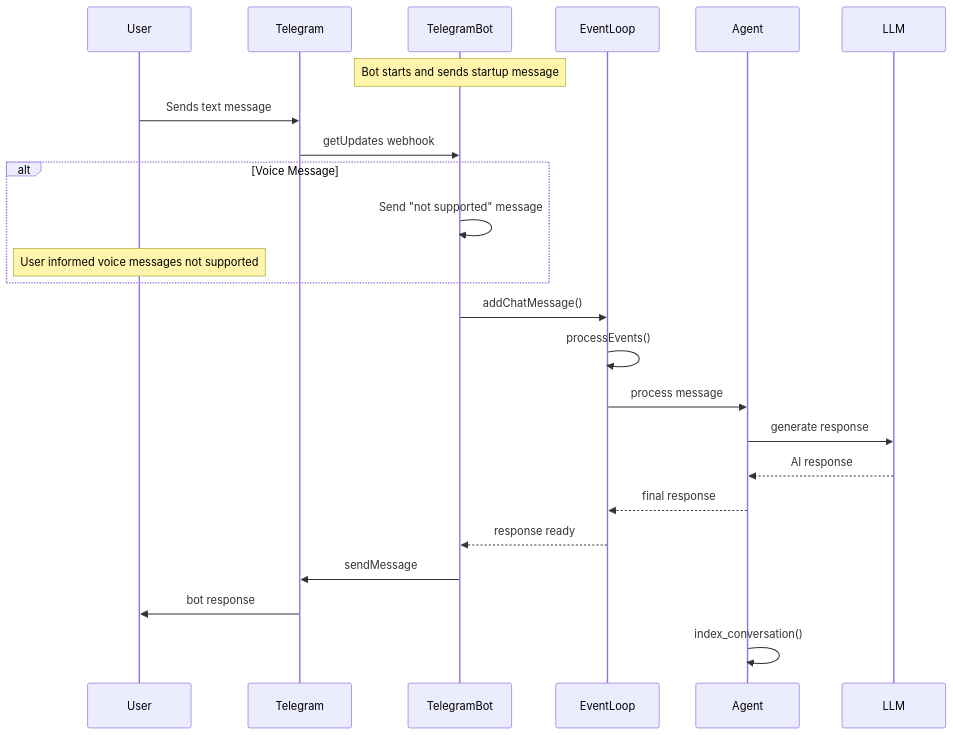
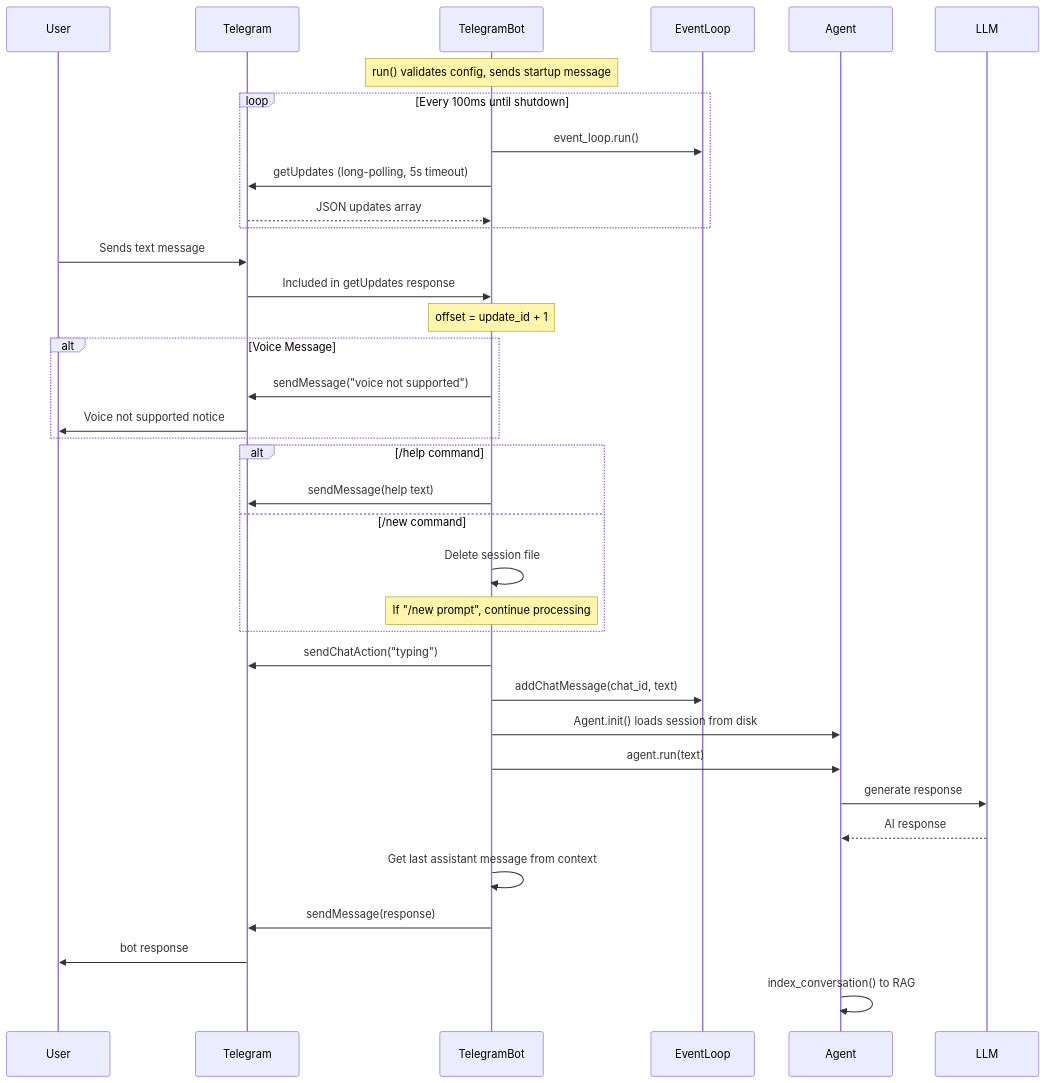
Before and after one commit to satibot/satibot: the second of 4 diagrams in docs/TELEGRAM_BOT.md, drawn with Mermaid. The commit also changed other lines of this file, not shown here.

First line of the commit message:
docs: expand Telegram bot documentation with detailed API methods, lifecycle flows, and test coverage

````diff
--- a/docs/TELEGRAM_BOT.md
+++ b/docs/TELEGRAM_BOT.md
@@ -94,38 +112,54 @@
 ```mermaid
 sequenceDiagram
     participant User
     participant Telegram
     participant TelegramBot
     participant EventLoop
     participant Agent
     participant LLM
     
     %% Initial Setup
-    Note over TelegramBot: Bot starts and sends startup message
+    Note over TelegramBot: run() validates config, sends startup message
+    
+    %% Main Loop
+    loop Every 100ms until shutdown
+        TelegramBot->>EventLoop: event_loop.run()
+        TelegramBot->>Telegram: getUpdates (long-polling, 5s timeout)
+        Telegram-->>TelegramBot: JSON updates array
+    end
     
     %% Message Reception
     User->>Telegram: Sends text message
-    Telegram->>TelegramBot: getUpdates webhook
+    Telegram->>TelegramBot: Included in getUpdates response
+    Note over TelegramBot: offset = update_id + 1
     
-    %% Voice Message Handling (if applicable)
+    %% Voice Message Handling
     alt Voice Message
-        TelegramBot->>TelegramBot: Send "not supported" message
-        Note over User: User informed voice messages not supported
+        TelegramBot->>Telegram: sendMessage("voice not supported")
+        Telegram->>User: Voice not supported notice
     end
     
-    %% Message Processing via Event Loop
-    TelegramBot->>EventLoop: addChatMessage()
-    EventLoop->>EventLoop: processEvents()
-    EventLoop->>Agent: process message
+    %% Command Handling
+    alt /help command
+        TelegramBot->>Telegram: sendMessage(help text)
+    else /new command
+        TelegramBot->>TelegramBot: Delete session file
+        Note over TelegramBot: If "/new prompt", continue processing
+    end
+    
+    %% Agent Processing (synchronous)
+    TelegramBot->>Telegram: sendChatAction("typing")
+    TelegramBot->>EventLoop: addChatMessage(chat_id, text)
+    TelegramBot->>Agent: Agent.init() loads session from disk
+    TelegramBot->>Agent: agent.run(text)
     Agent->>LLM: generate response
     LLM-->>Agent: AI response
-    Agent-->>EventLoop: final response
     
     %% Response Delivery
-    EventLoop-->>TelegramBot: response ready
-    TelegramBot->>Telegram: sendMessage
+    TelegramBot->>TelegramBot: Get last assistant message from context
+    TelegramBot->>Telegram: sendMessage(response)
     Telegram->>User: bot response
     
-    %% Session Management
-    Agent->>Agent: index_conversation()
+    %% Post-processing
+    Agent->>Agent: index_conversation() to RAG
 ```
````
